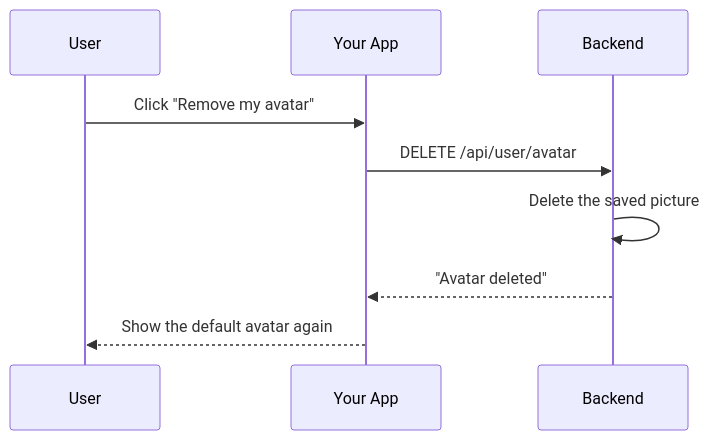
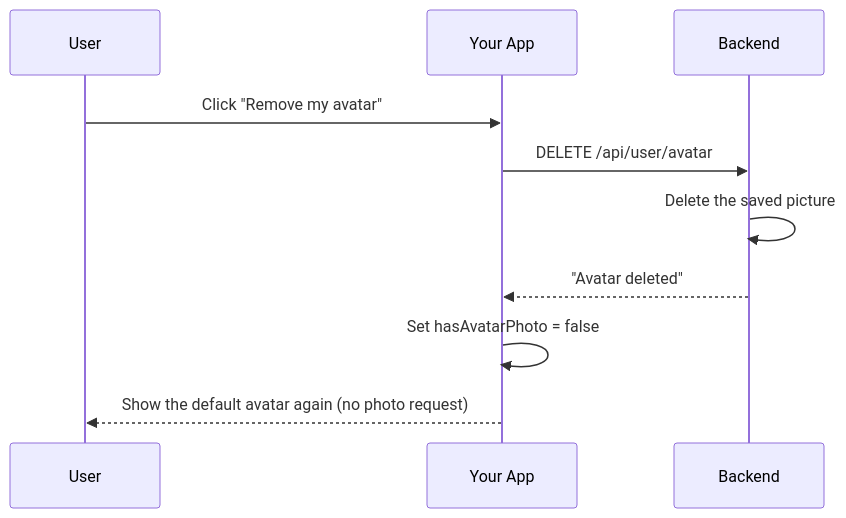
Before and after one commit to JaxzTan/ft_transcendence: the fifth of 5 diagrams in docs/backend/backend-user-module.md, drawn with Mermaid. The commit also changed other lines of this file and 30 other files, not shown here.

````diff
--- a/docs/backend/backend-user-module.md
+++ b/docs/backend/backend-user-module.md
@@ -178,12 +177,13 @@
 ```mermaid
 sequenceDiagram
     participant User
     participant Site as Your App
     participant Server as Backend
 
     User->>Site: Click "Remove my avatar"
     Site->>Server: DELETE /api/user/avatar
     Server->>Server: Delete the saved picture
     Server-->>Site: "Avatar deleted"
-    Site-->>User: Show the default avatar again
+    Site->>Site: Set hasAvatarPhoto = false
+    Site-->>User: Show the default avatar again (no photo request)
 ```
````
